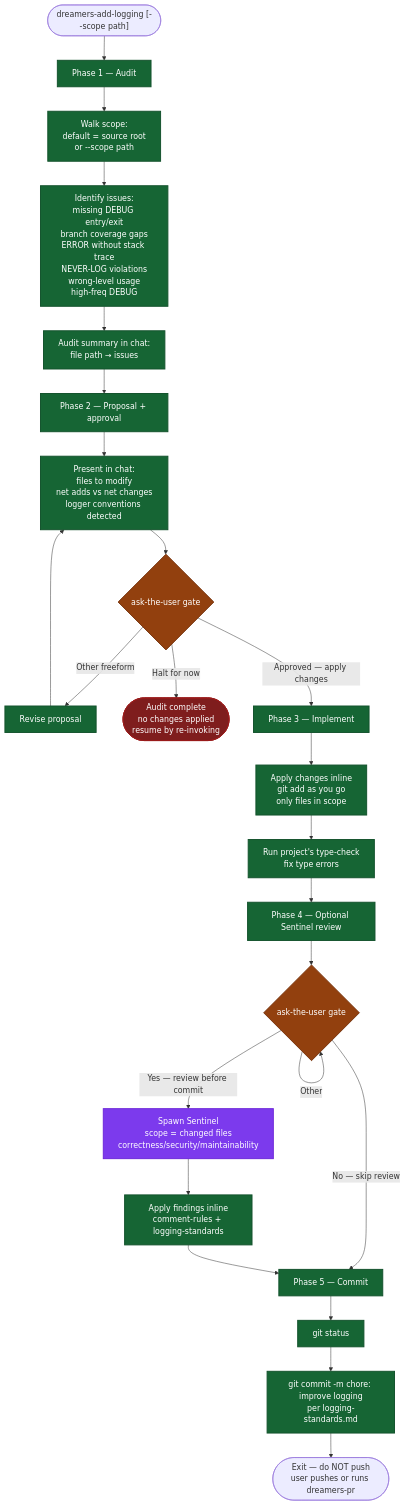
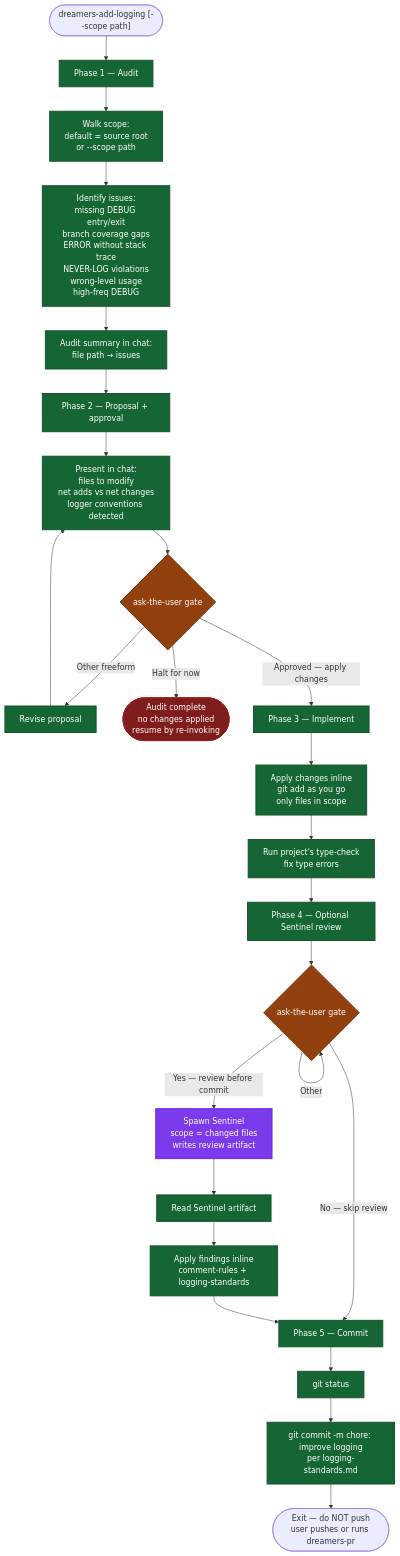
Before and after one commit to mrStorrs/dreamers-codex: the diagram in skills/dreamers-add-logging/readme.md, drawn with Mermaid. The commit also changed other lines of this file and 23 other files, not shown here.

````diff
--- a/skills/dreamers-add-logging/readme.md
+++ b/skills/dreamers-add-logging/readme.md
@@ -5,41 +5,42 @@
 ```mermaid
 flowchart TD
     Start(["dreamers-add-logging [--scope path]"]) --> P1
 
     P1["Phase 1 — Audit"] --> Walk["Walk scope:<br/>default = source root<br/>or --scope path"]
     Walk --> Identify["Identify issues:<br/>missing DEBUG entry/exit<br/>branch coverage gaps<br/>ERROR without stack trace<br/>NEVER-LOG violations<br/>wrong-level usage<br/>high-freq DEBUG"]
     Identify --> Summary["Audit summary in chat:<br/>file path → issues"]
     Summary --> P2
 
     P2["Phase 2 — Proposal + approval"] --> Propose["Present in chat:<br/>files to modify<br/>net adds vs net changes<br/>logger conventions detected"]
     Propose --> ApprovalGate{"ask-the-user gate"}
     ApprovalGate -->|Other freeform| Revise["Revise proposal"]
     Revise --> Propose
     ApprovalGate -->|Halt for now| HaltA(["Audit complete<br/>no changes applied<br/>resume by re-invoking"])
     ApprovalGate -->|Approved — apply changes| P3
 
     P3["Phase 3 — Implement"] --> Apply["Apply changes inline<br/>git add as you go<br/>only files in scope"]
     Apply --> TypeCheck["Run project's type-check<br/>fix type errors"]
     TypeCheck --> P4
 
     P4["Phase 4 — Optional Sentinel review"] --> ReviewGate{"ask-the-user gate"}
     ReviewGate -->|Other| ReviewGate
     ReviewGate -->|No — skip review| P5
-    ReviewGate -->|Yes — review before commit| SpawnSentinel["Spawn Sentinel<br/>scope = changed files<br/>correctness/security/maintainability"]
-    SpawnSentinel --> ApplyFindings["Apply findings inline<br/>comment-rules + logging-standards"]
+    ReviewGate -->|Yes — review before commit| SpawnSentinel["Spawn Sentinel<br/>scope = changed files<br/>writes review artifact"]
+    SpawnSentinel --> ReadArtifact["Read Sentinel artifact"]
+    ReadArtifact --> ApplyFindings["Apply findings inline<br/>comment-rules + logging-standards"]
     ApplyFindings --> P5
 
     P5["Phase 5 — Commit"] --> Status["git status"]
     Status --> Commit["git commit -m chore: improve logging<br/>per logging-standards.md"]
     Commit --> End(["Exit — do NOT push<br/>user pushes or runs dreamers-pr"])
 
     classDef gate fill:#92400e,stroke:#78350f,stroke-width:2px,color:#fff
     classDef halt fill:#7f1d1d,stroke:#991b1b,stroke-width:2px,color:#fff
     classDef phase fill:#166534,stroke:#14532d,stroke-width:2px,color:#fff
     classDef agent fill:#7c3aed,stroke:#6d28d9,stroke-width:2px,color:#fff
 
     class ApprovalGate,ReviewGate gate
     class HaltA halt
     class SpawnSentinel agent
-    class P1,P2,P3,P4,P5,Walk,Identify,Summary,Propose,Revise,Apply,TypeCheck,ApplyFindings,Status,Commit phase
+    class P1,P2,P3,P4,P5,Walk,Identify,Summary,Propose,Revise,Apply,TypeCheck,ReadArtifact,ApplyFindings,Status,Commit phase
 ```
````
